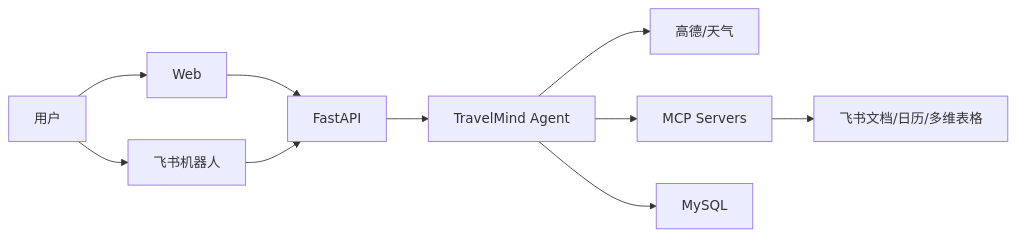
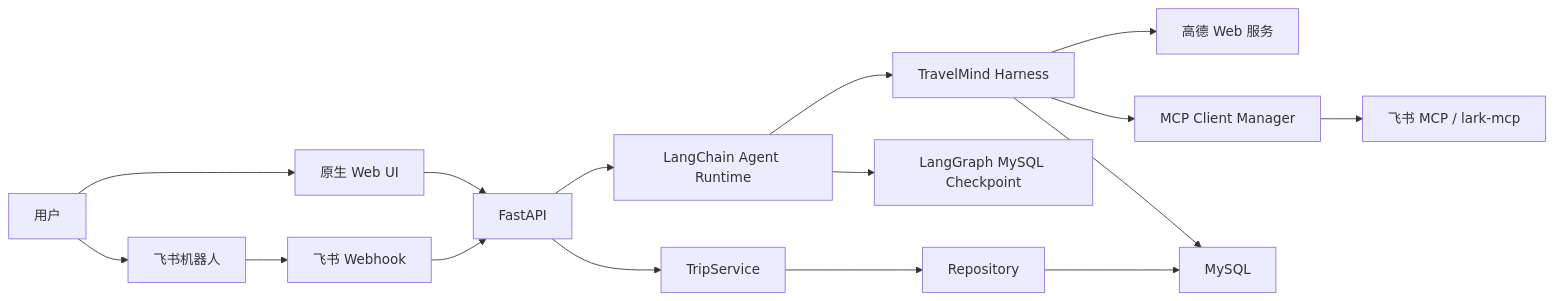
One commit to 1793172882/TravelMind changed the first of 2 diagrams in docs/02-architecture-design.md. Above: the diagram before and after it, drawn with Mermaid. The commit also changed other lines of this file and 8 other files, not shown here.

````diff
--- a/docs/02-architecture-design.md
+++ b/docs/02-architecture-design.md
@@ -13,12 +14,18 @@
 ```mermaid
 flowchart LR
-    User["用户"] --> Web["Web"]
+    User["用户"] --> Web["原生 Web UI"]
     User --> Feishu["飞书机器人"]
     Web --> API["FastAPI"]
-    Feishu --> API
-    API --> Agent["TravelMind Agent"]
-    Agent --> AMap["高德/天气"]
-    Agent --> MCP["MCP Servers"]
-    Agent --> DB["MySQL"]
-    MCP --> FeishuAPI["飞书文档/日历/多维表格"]
+    Feishu --> Webhook["飞书 Webhook"]
+    Webhook --> API
+    API --> Runtime["LangChain Agent Runtime"]
+    Runtime --> Harness["TravelMind Harness"]
+    Harness --> AMap["高德 Web 服务"]
+    Harness --> MCP["MCP Client Manager"]
+    MCP --> Lark["飞书 MCP / lark-mcp"]
+    API --> Service["TripService"]
+    Service --> Repo["Repository"]
+    Repo --> DB["MySQL"]
+    Runtime --> Checkpoint["LangGraph MySQL Checkpoint"]
+    Harness --> DB
 ```
````
